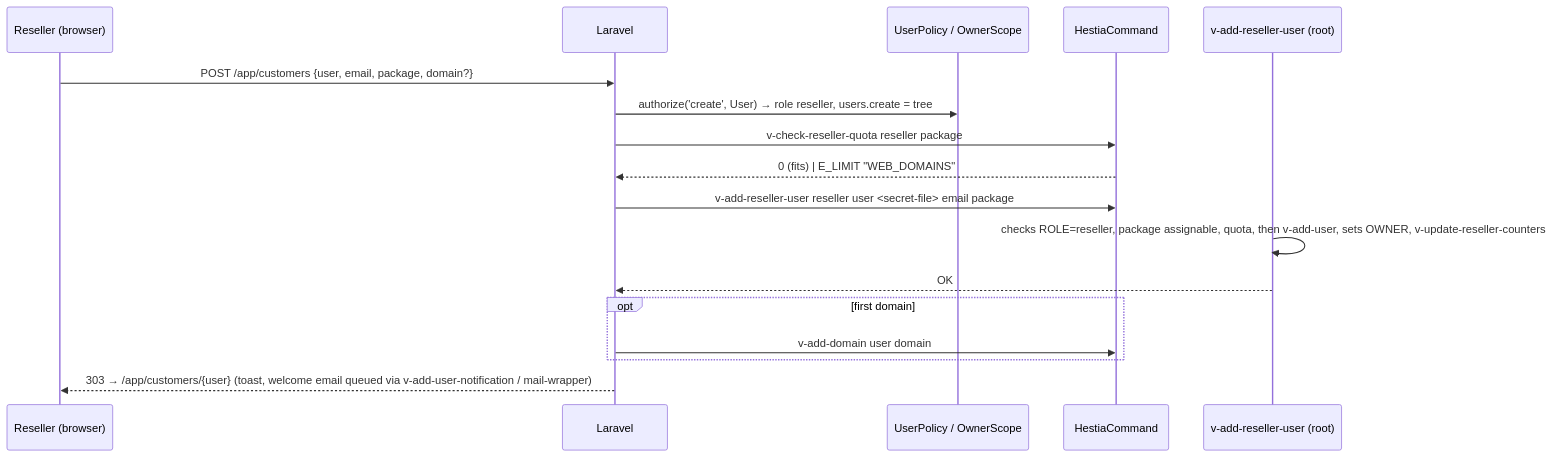
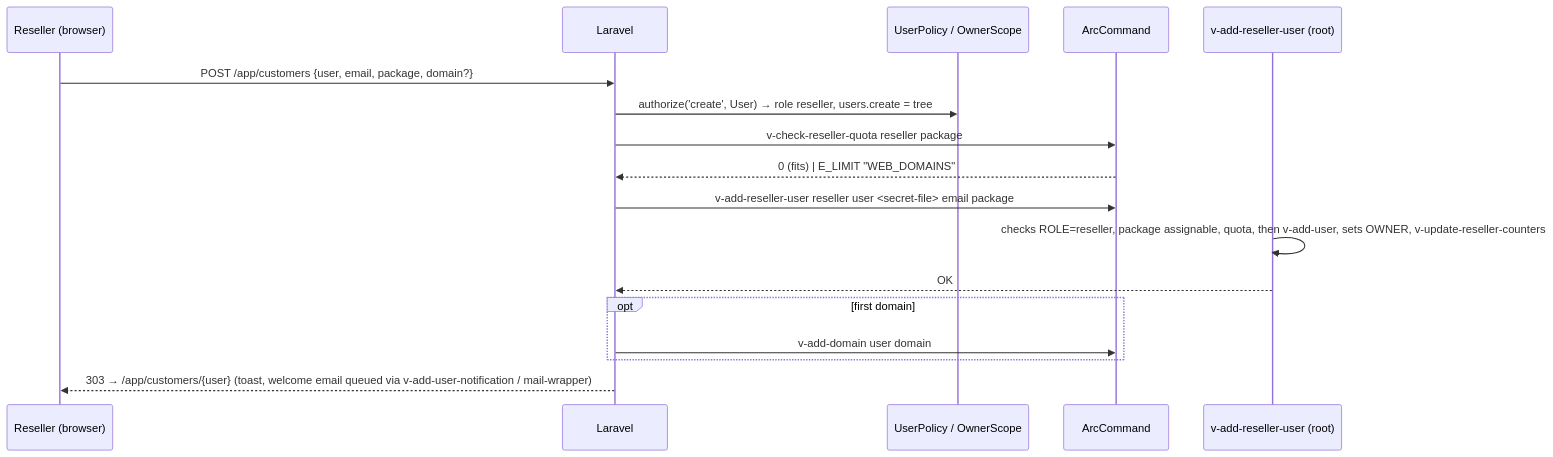
Before and after one commit to arc-panel-oss/arcpanel: the second of 2 diagrams in docs/design/03-tenancy-and-authorization.md, drawn with Mermaid. The commit also changed other lines of this file and 16 other files, not shown here.

````diff
--- a/docs/design/03-tenancy-and-authorization.md
+++ b/docs/design/03-tenancy-and-authorization.md
@@ -240,20 +240,20 @@
 ```mermaid
 sequenceDiagram
   participant R as Reseller (browser)
   participant L as Laravel
   participant P as UserPolicy / OwnerScope
-  participant H as HestiaCommand
+  participant H as ArcCommand
   participant C as v-add-reseller-user (root)
 
   R->>L: POST /app/customers {user, email, package, domain?}
   L->>P: authorize('create', User) → role reseller, users.create = tree
   L->>H: v-check-reseller-quota reseller package
   H-->>L: 0 (fits) | E_LIMIT "WEB_DOMAINS"
   L->>H: v-add-reseller-user reseller user <secret-file> email package
   C->>C: checks ROLE=reseller, package assignable, quota, then v-add-user, sets OWNER, v-update-reseller-counters
   C-->>L: OK
   opt first domain
     L->>H: v-add-domain user domain
   end
   L-->>R: 303 → /app/customers/{user} (toast, welcome email queued via v-add-user-notification / mail-wrapper)
 ```
````
